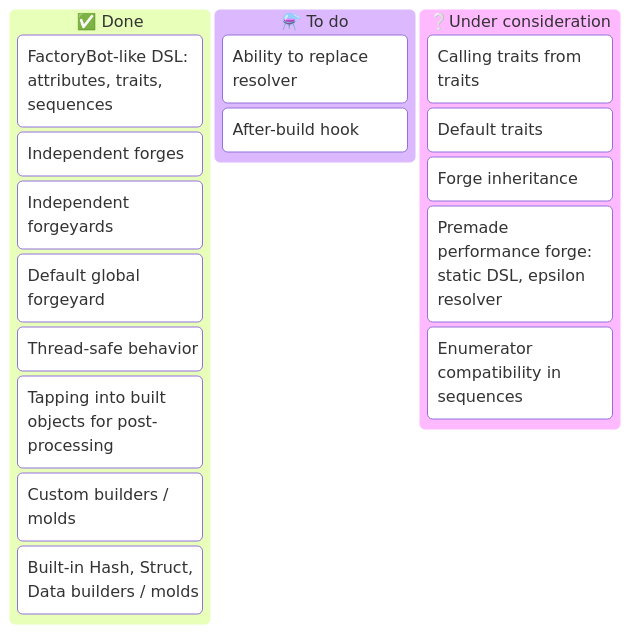
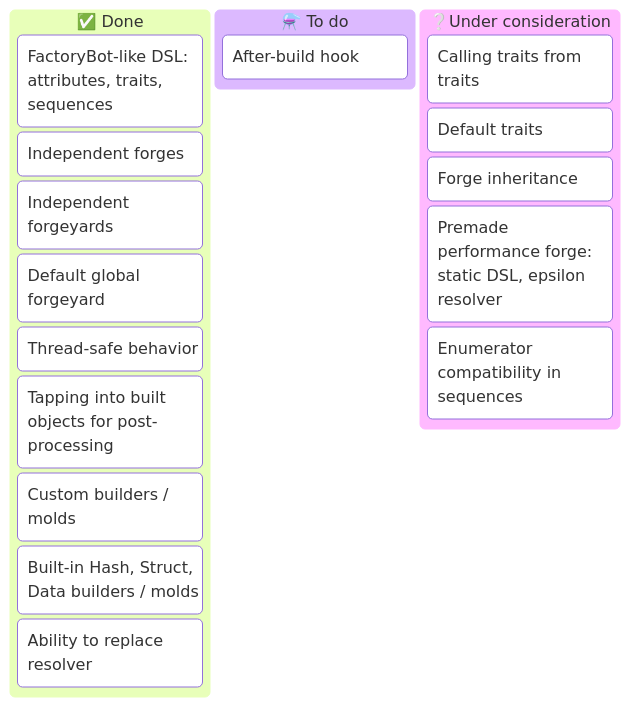
The diagram in README.md (trinistr/object_forge), drawn with Mermaid before and after one commit. The commit also changed other lines of this file and 6 other files, not shown here.

````diff
--- a/README.md
+++ b/README.md
@@ -284,21 +284,21 @@
 ```mermaid
 kanban
   [✅ Done]
     [FactoryBot-like DSL: attributes, traits, sequences]
     [Independent forges]
     [Independent forgeyards]
     [Default global forgeyard]
     [Thread-safe behavior]
     [Tapping into built objects for post-processing]
     [Custom builders / molds]
     [Built-in Hash, Struct, Data builders / molds]
+    [Ability to replace resolver]
   [⚗️ To do]
-    [Ability to replace resolver]
     [After-build hook]
   [❔Under consideration]
     [Calling traits from traits]
     [Default traits]
     [Forge inheritance]
     [Premade performance forge: static DSL, epsilon resolver]
     [Enumerator compatibility in sequences]
 ```
````
